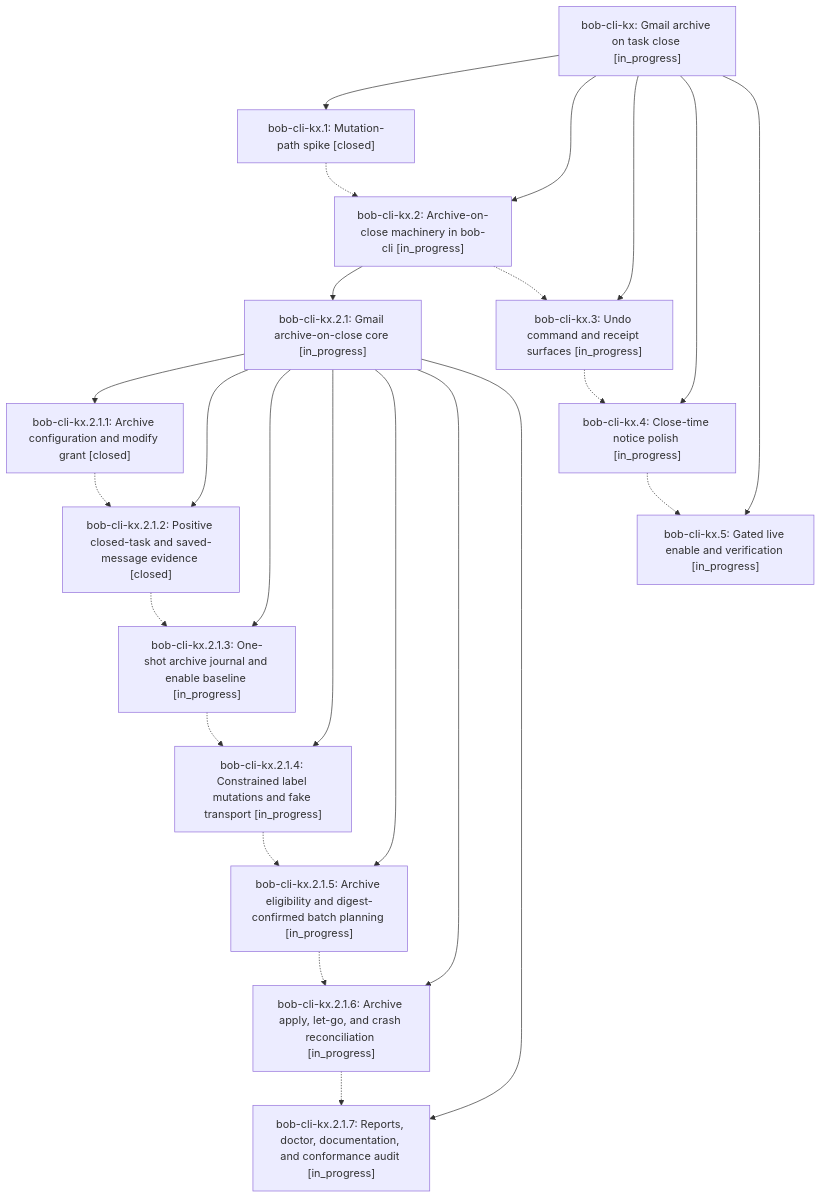
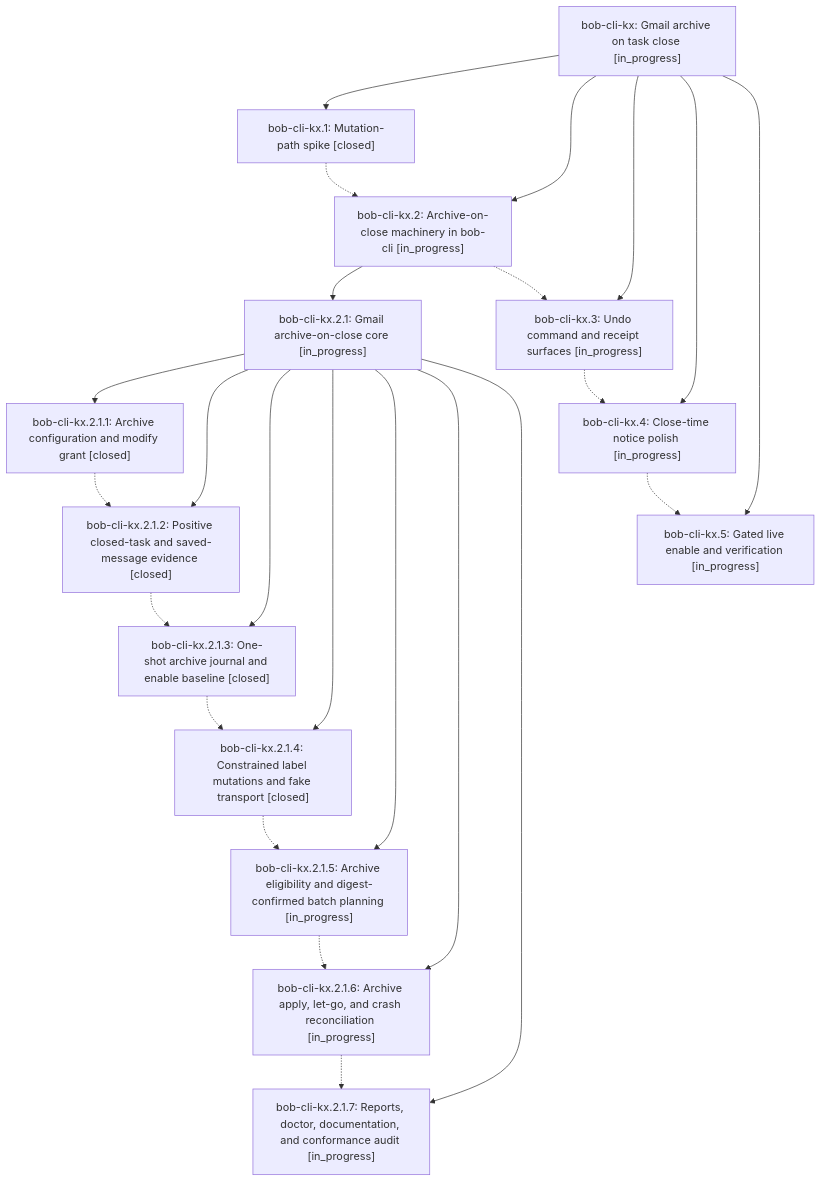
Before and after one commit to bobs-org/bob-cli--beads: the diagram in pages/bob-cli-kx/README.md, drawn with Mermaid. The commit also changed other lines of this file and 4 other files, not shown here.

First line of the commit message:
chore(beads): sync bead state and pages for bob-cli-kx

````diff
--- a/pages/bob-cli-kx/README.md
+++ b/pages/bob-cli-kx/README.md
@@ -38,40 +38,40 @@
 ```mermaid
 flowchart TD
     n0["bob-cli-kx: Gmail archive on task close [in_progress]"]
     n1["bob-cli-kx.1: Mutation-path spike [closed]"]
     n2["bob-cli-kx.2: Archive-on-close machinery in bob-cli [in_progress]"]
     n3["bob-cli-kx.2.1: Gmail archive-on-close core [in_progress]"]
     n4["bob-cli-kx.2.1.1: Archive configuration and modify grant [closed]"]
     n5["bob-cli-kx.2.1.2: Positive closed-task and saved-message evidence [closed]"]
-    n6["bob-cli-kx.2.1.3: One-shot archive journal and enable baseline [in_progress]"]
-    n7["bob-cli-kx.2.1.4: Constrained label mutations and fake transport [in_progress]"]
+    n6["bob-cli-kx.2.1.3: One-shot archive journal and enable baseline [closed]"]
+    n7["bob-cli-kx.2.1.4: Constrained label mutations and fake transport [closed]"]
     n8["bob-cli-kx.2.1.5: Archive eligibility and digest-confirmed batch planning [in_progress]"]
     n9["bob-cli-kx.2.1.6: Archive apply, let-go, and crash reconciliation [in_progress]"]
     n10["bob-cli-kx.2.1.7: Reports, doctor, documentation, and conformance audit [in_progress]"]
     n11["bob-cli-kx.3: Undo command and receipt surfaces [in_progress]"]
     n12["bob-cli-kx.4: Close-time notice polish [in_progress]"]
     n13["bob-cli-kx.5: Gated live enable and verification [in_progress]"]
     n0 --> n1
     n0 --> n2
     n2 --> n3
     n3 --> n4
     n3 --> n5
     n3 --> n6
     n3 --> n7
     n3 --> n8
     n3 --> n9
     n3 --> n10
     n0 --> n11
     n0 --> n12
     n0 --> n13
     n1 -.-> n2
     n2 -.-> n11
     n4 -.-> n5
     n5 -.-> n6
     n6 -.-> n7
     n7 -.-> n8
     n8 -.-> n9
     n9 -.-> n10
     n11 -.-> n12
     n12 -.-> n13
 ```
````
